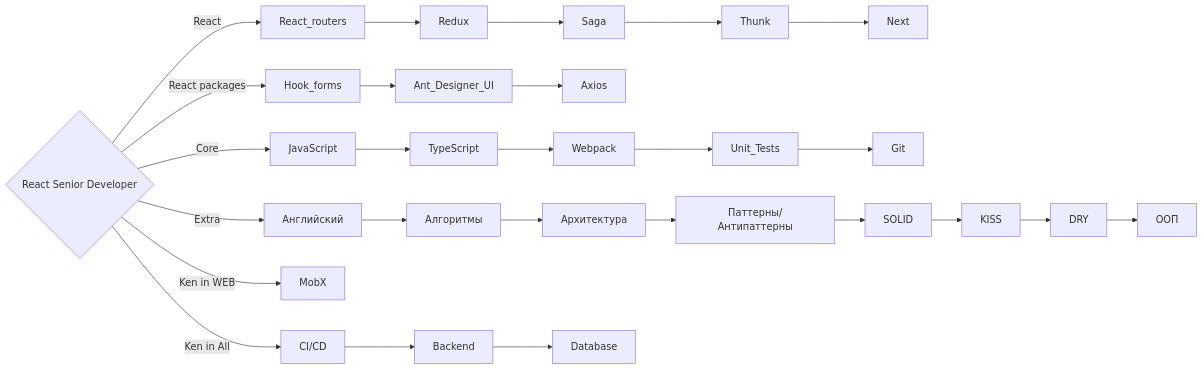
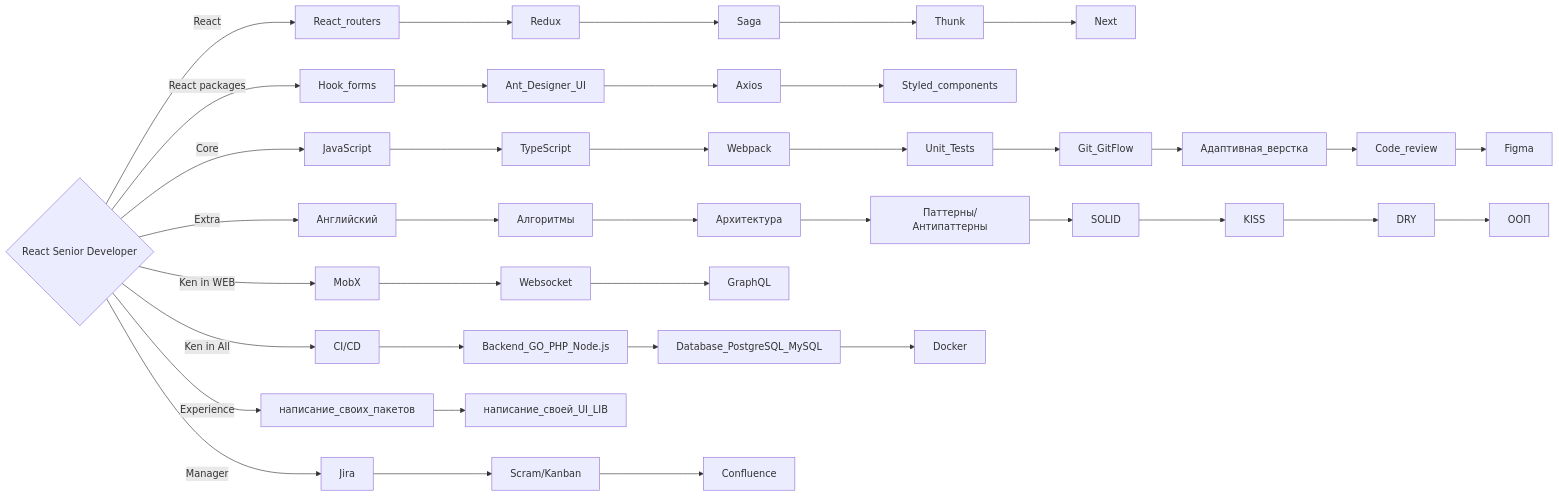
Before and after one commit to cossack-don/react-help: the diagram in README.md, drawn with Mermaid.

Commit message:
feat: add new category in diagram

````diff
--- a/README.md
+++ b/README.md
@@ -10,12 +10,15 @@
 ```mermaid
 
    flowchart LR
     
      C{React Senior Developer}
     C -->|React| D[React_routers] --> Redux --> Saga --> Thunk --> Next
-    C -->|React packages| X[Hook_forms] --> Ant_Designer_UI --> Axios
-    C -->|Core| E[JavaScript] --> TypeScript --> Webpack --> Unit_Tests --> Git
+    C -->|React packages| X[Hook_forms] --> Ant_Designer_UI --> Axios --> Styled_components
+    C -->|Core| E[JavaScript] --> TypeScript --> Webpack --> Unit_Tests --> Git_GitFlow --> Адаптивная_верстка --> Code_review --> Figma
     C -->|Extra| G[Английский] --> Алгоритмы --> Архитектура --> Паттерны/Антипаттерны --> SOLID --> KISS --> DRY --> ООП
-    C -->|Ken in WEB| W[MobX]
-    C -->|Ken in All| Z[CI/CD] --> Backend --> Database
+    C -->|Ken in WEB| W[MobX] --> Websocket --> GraphQL
+    C -->|Ken in All| Z[CI/CD] --> Backend_GO_PHP_Node.js --> Database_PostgreSQL_MySQL --> Docker
+    C -->|Experience| J[написание_своих_пакетов] --> написание_своей_UI_LIB
+    C -->|Manager| Q[Jira] --> Scram/Kanban --> Confluence
+    
 ```
````
